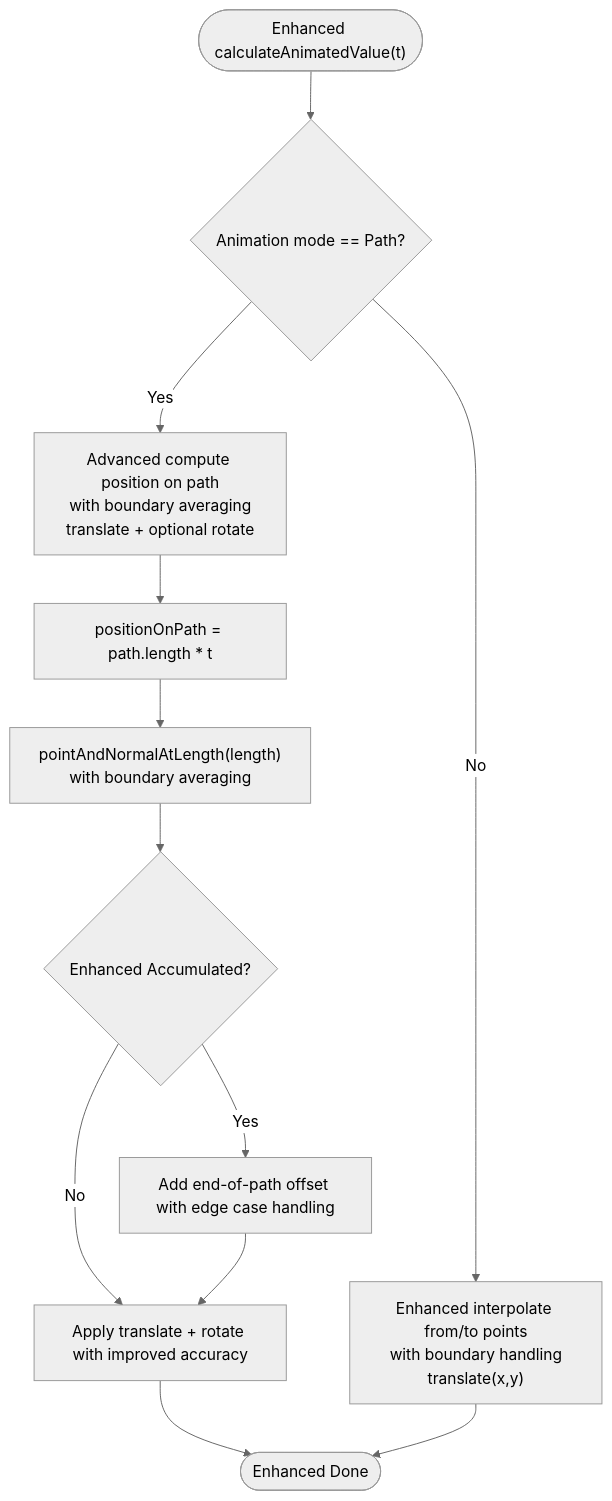
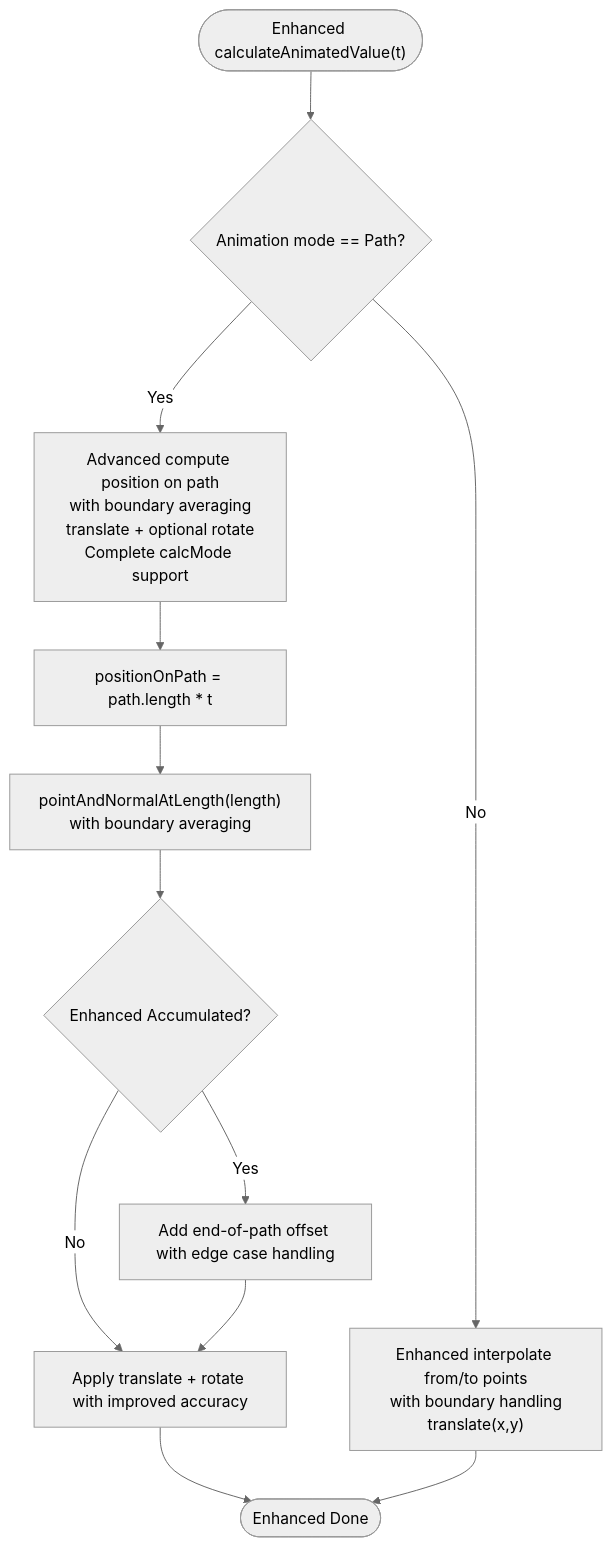
One commit to denisnadey/flutter_full_svg_support changed the third of 7 diagrams in .qoder/repowiki/en/content/Animated SVG Support/SMIL Animation Specification/SMIL Motion Animation.md. Above: the diagram before and after it, drawn with Mermaid (neutral theme). The commit also changed other lines of this file and 18 other files, not shown here.

First line of the commit message:
feat(smil): enhance animation runtime with discrete calcMode and motion path improvements

````diff
--- a/.qoder/repowiki/en/content/Animated SVG Support/SMIL Animation Specification/SMIL Motion Animation.md
+++ b/.qoder/repowiki/en/content/Animated SVG Support/SMIL Animation Specification/SMIL Motion Animation.md
@@ -195,14 +206,14 @@
 ```mermaid
 flowchart TD
 Start(["Enhanced calculateAnimatedValue(t)"]) --> CheckMode{"Animation mode == Path?"}
 CheckMode --> |No| PointAnim["Enhanced interpolate from/to points<br/>with boundary handling<br/>translate(x,y)"]
-CheckMode --> |Yes| PathAnim["Advanced compute position on path<br/>with boundary averaging<br/>translate + optional rotate"]
+CheckMode --> |Yes| PathAnim["Advanced compute position on path<br/>with boundary averaging<br/>translate + optional rotate<br/>Complete calcMode support"]
 PathAnim --> Length["positionOnPath = path.length * t"]
 Length --> Sample["pointAndNormalAtLength(length)<br/>with boundary averaging"]
 Sample --> Acc{"Enhanced Accumulated?"}
 Acc --> |Yes| AddEnd["Add end-of-path offset with edge case handling"]
 Acc --> |No| Apply["Apply translate + rotate with improved accuracy"]
 AddEnd --> Apply
 Apply --> End(["Enhanced Done"])
 PointAnim --> End
 ```
````
